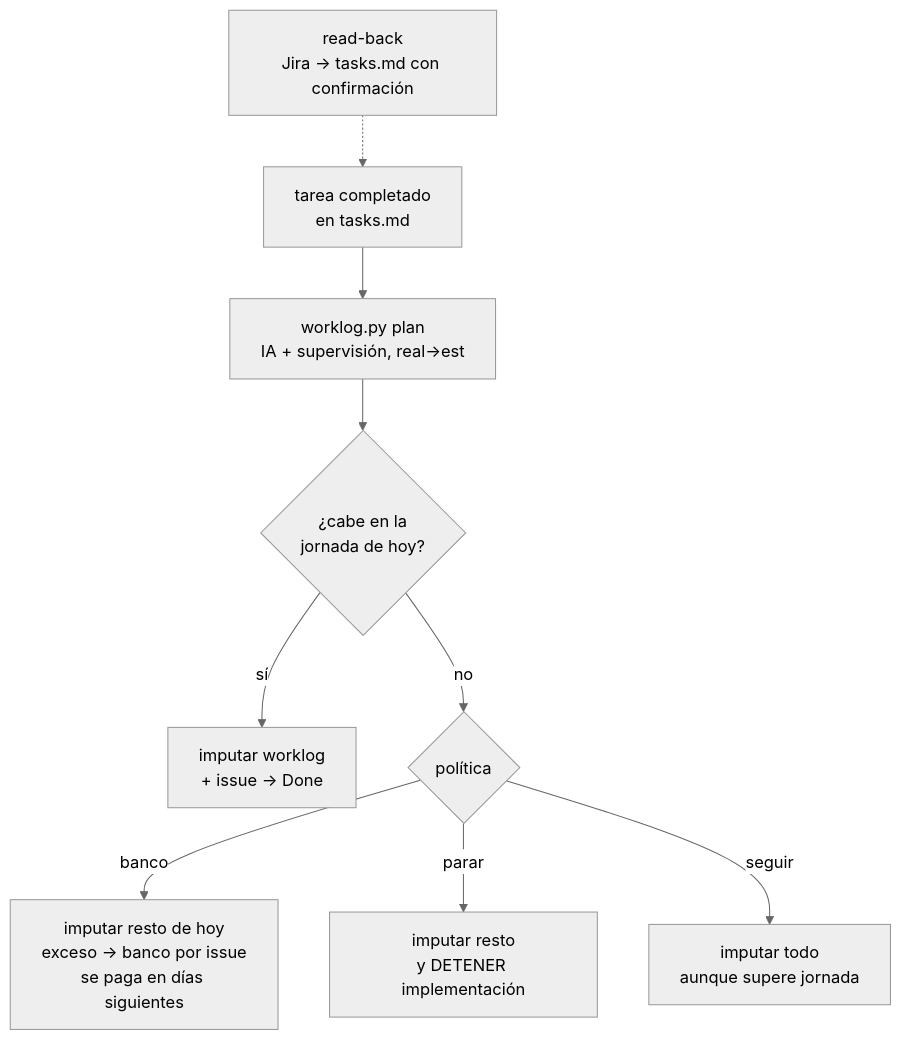
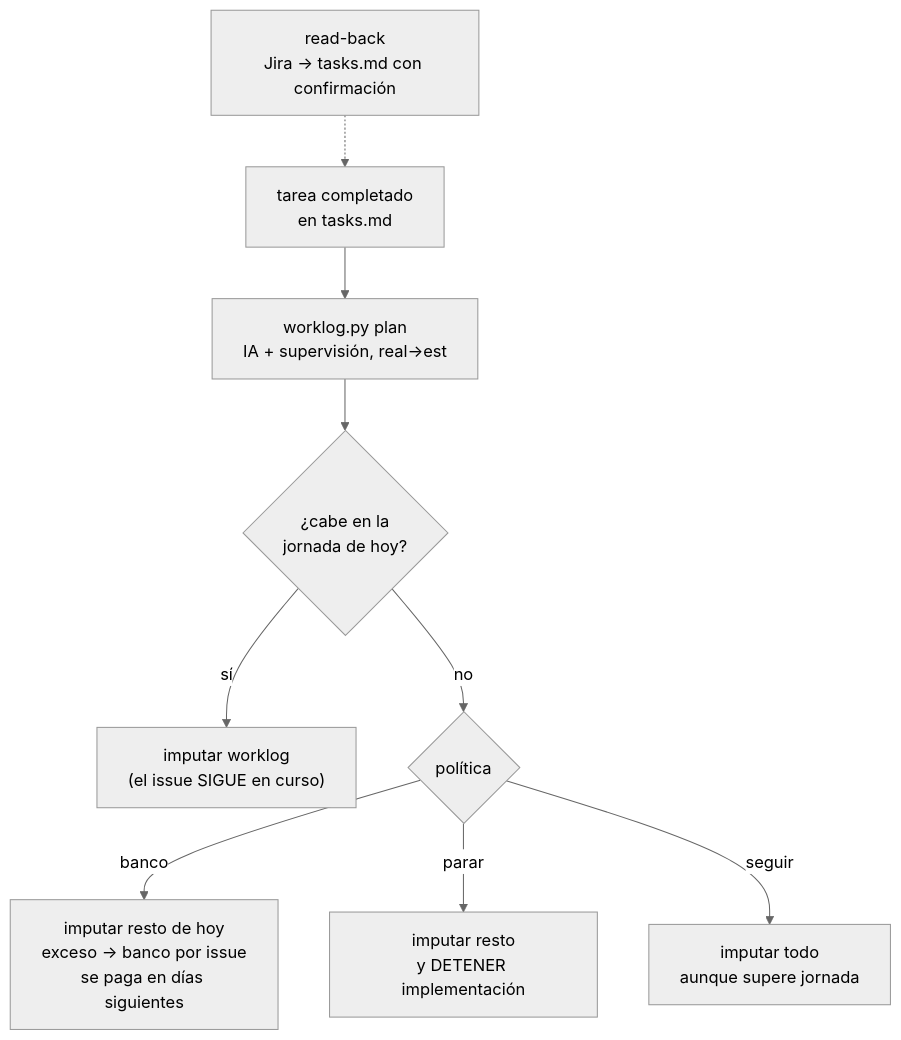
Before and after one commit to daycry/custom-agents: the sixth of 12 diagrams in docs/FLOWS.md, drawn with Mermaid (neutral theme). The commit also changed other lines of this file and 215 other files, not shown here.

````diff
--- a/docs/FLOWS.md
+++ b/docs/FLOWS.md
@@ -134,11 +146,11 @@
 ```mermaid
 flowchart TD
     G["tarea completado<br/>en tasks.md"] --> H["worklog.py plan<br/>IA + supervisión, real→est"]
     H --> I{"¿cabe en la<br/>jornada de hoy?"}
-    I -->|sí| J["imputar worklog<br/>+ issue → Done"]
+    I -->|sí| J["imputar worklog<br/>(el issue SIGUE en curso)"]
     I -->|no| K{"política"}
     K -->|banco| L["imputar resto de hoy<br/>exceso → banco por issue<br/>se paga en días siguientes"]
     K -->|parar| M["imputar resto<br/>y DETENER implementación"]
     K -->|seguir| N["imputar todo<br/>aunque supere jornada"]
     P["read-back<br/>Jira → tasks.md con confirmación"] -.-> G
 ```
````
